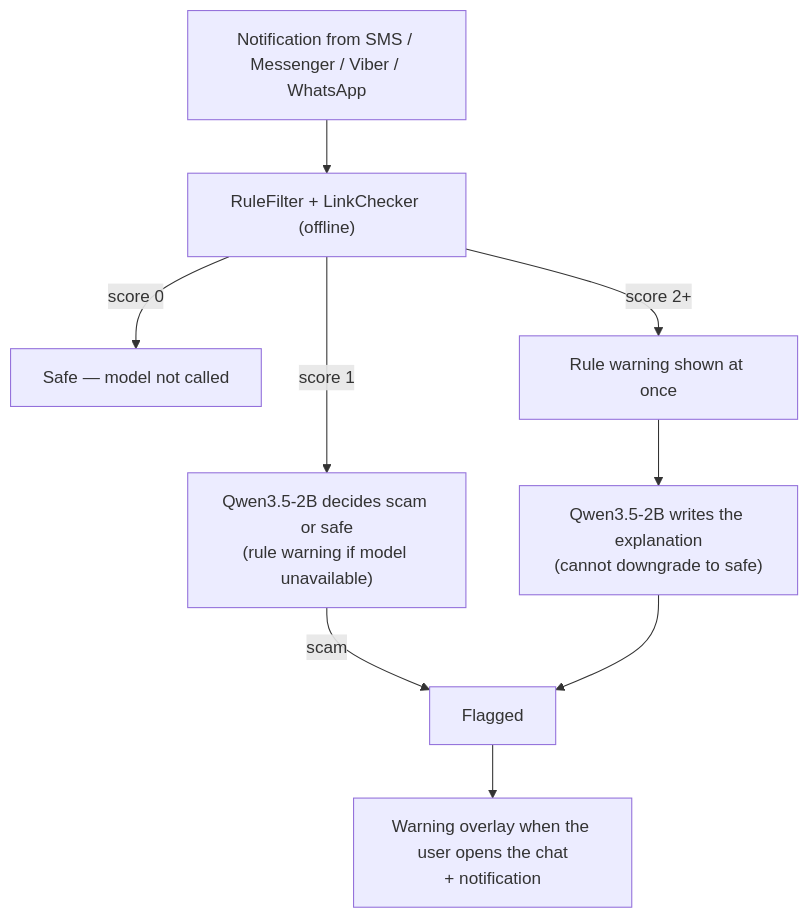
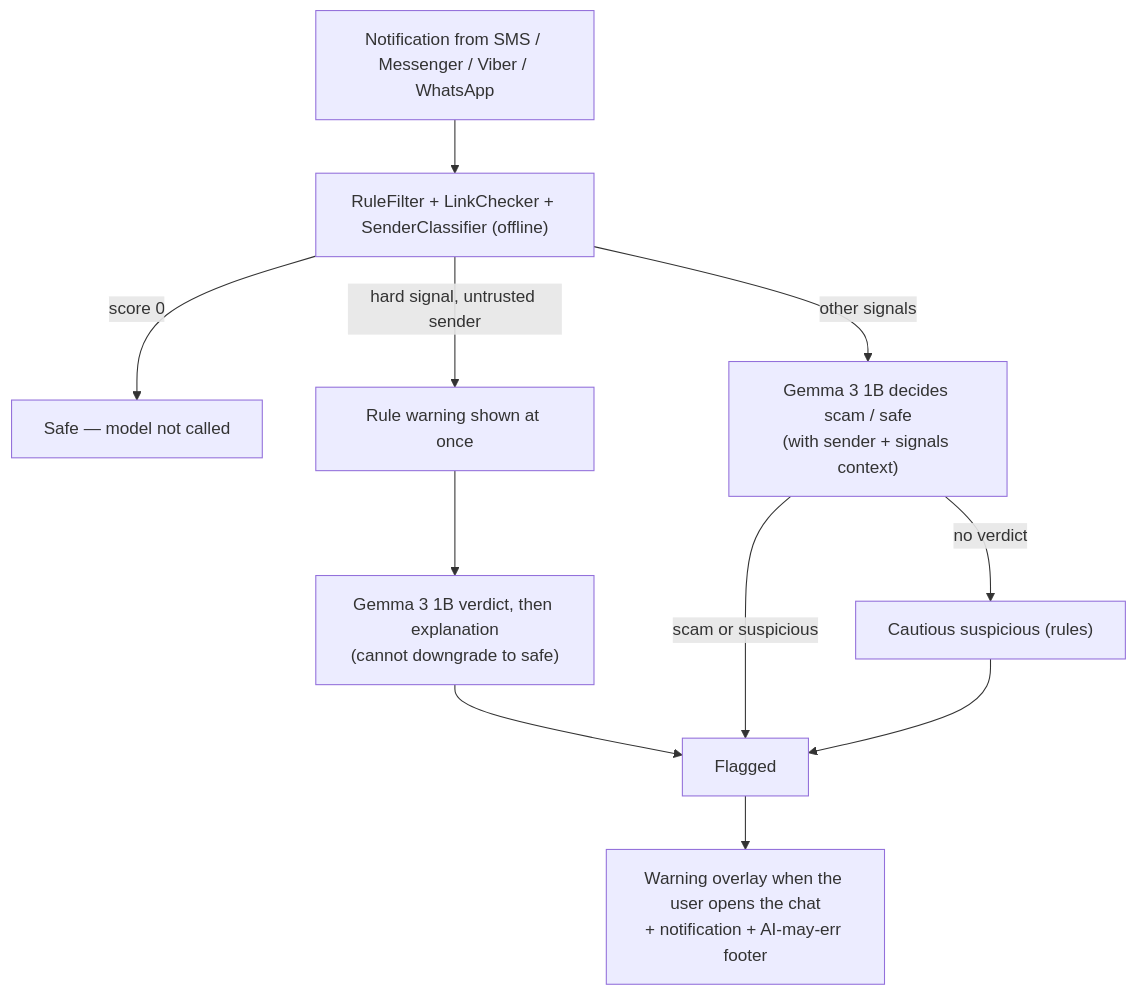
One commit to larpitout/bantai changed the diagram in docs/ARCHITECTURE.md. Above: the diagram before and after it, drawn with Mermaid. The commit also changed other lines of this file and 28 other files, not shown here.

````diff
--- a/docs/ARCHITECTURE.md
+++ b/docs/ARCHITECTURE.md
@@ -6,10 +6,12 @@
 ```mermaid
 flowchart TD
-    N["Notification from SMS / Messenger / Viber / WhatsApp"] --> R["RuleFilter + LinkChecker (offline)"]
+    N["Notification from SMS / Messenger / Viber / WhatsApp"] --> R["RuleFilter + LinkChecker + SenderClassifier (offline)"]
     R -->|score 0| S["Safe — model not called"]
-    R -->|score 1| L1["Qwen3.5-2B decides scam or safe<br/>(rule warning if model unavailable)"]
-    R -->|score 2+| W["Rule warning shown at once"] --> L2["Qwen3.5-2B writes the explanation<br/>(cannot downgrade to safe)"]
-    L1 -->|scam| F["Flagged"]
+    R -->|hard signal, untrusted sender| W["Rule warning shown at once"] --> L2["Gemma 3 1B verdict, then explanation<br/>(cannot downgrade to safe)"]
+    R -->|other signals| L1["Gemma 3 1B decides scam / safe<br/>(with sender + signals context)"]
+    L1 -->|scam or suspicious| F["Flagged"]
+    L1 -->|no verdict| C["Cautious suspicious (rules)"]
     L2 --> F
-    F --> O["Warning overlay when the user opens the chat<br/>+ notification"]
+    C --> F
+    F --> O["Warning overlay when the user opens the chat<br/>+ notification + AI-may-err footer"]
 ```
````
